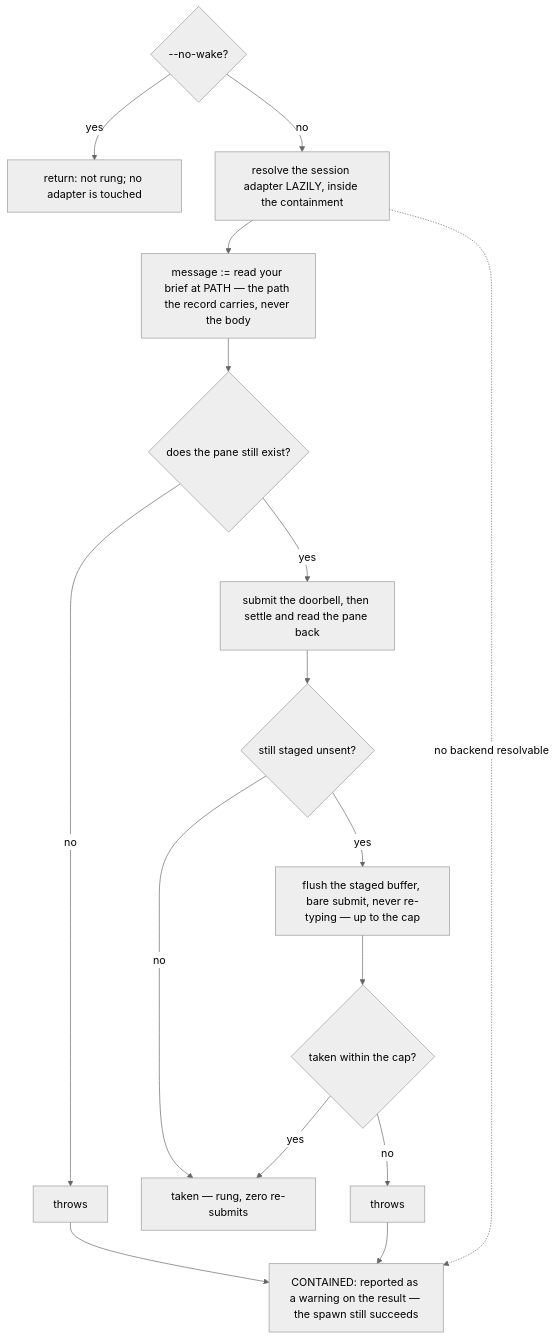
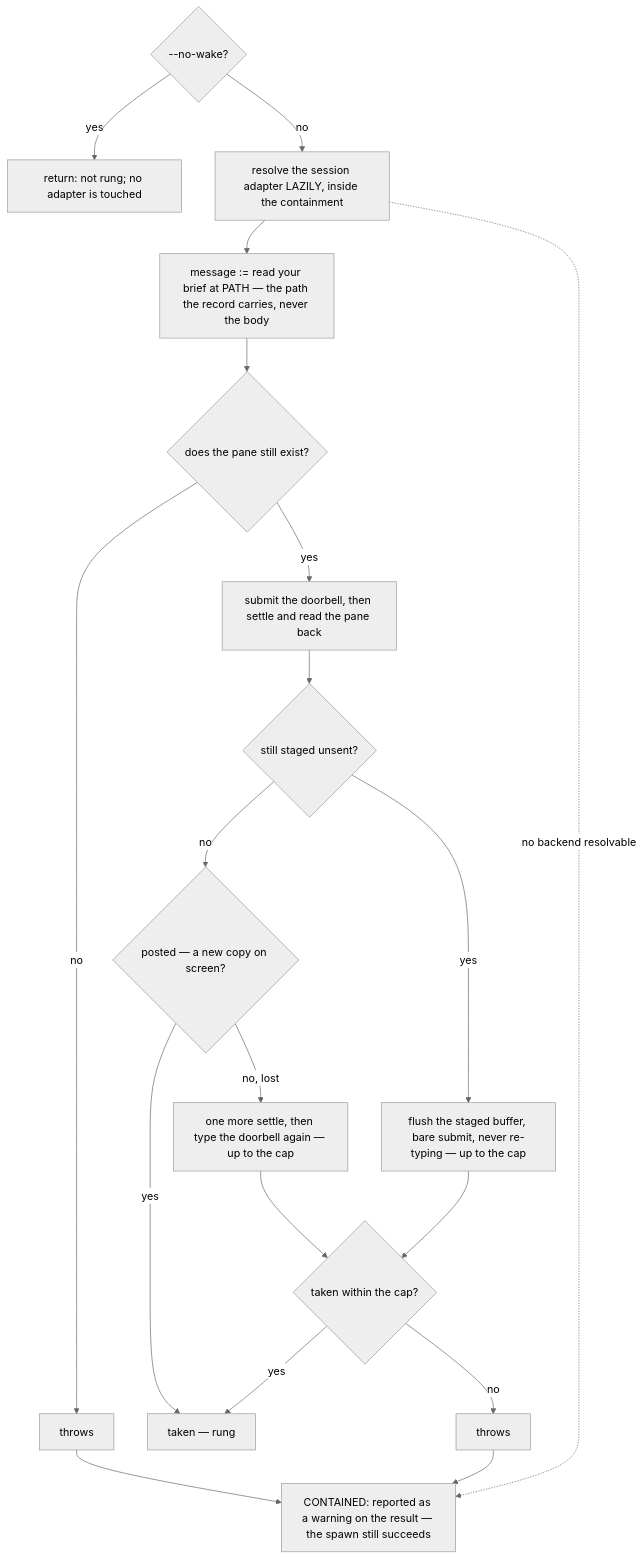
One commit to cyberuni/cyberlegion changed the third of 6 diagrams in packages/cyberlegion/.agents/spec/unit/lifecycle/README.md. Above: the diagram before and after it, drawn with Mermaid (neutral theme). The commit also changed other lines of this file and 8 other files, not shown here.

````diff
--- a/packages/cyberlegion/.agents/spec/unit/lifecycle/README.md
+++ b/packages/cyberlegion/.agents/spec/unit/lifecycle/README.md
@@ -492,19 +497,22 @@
 ```mermaid
 graph TD
   WK0{"--no-wake?"} -- yes --> WK0Y["return: not rung; no adapter is touched"]
   WK0 -- no --> WK1["resolve the session adapter LAZILY, inside the containment"]
   WK1 --> WK2["message := read your brief at PATH — the path the record carries, never the body"]
   WK2 --> WK3{"does the pane still exist?"}
   WK3 -- no --> WK3X["throws"]
   WK3 -- yes --> WK4["submit the doorbell, then settle and read the pane back"]
   WK4 --> WK5{"still staged unsent?"}
-  WK5 -- no --> WKOK["taken — rung, zero re-submits"]
+  WK5 -- no --> WK5P{"posted — a new copy on screen?"}
+  WK5P -- yes --> WKOK["taken — rung"]
+  WK5P -- "no, lost" --> WK7["one more settle, then type the doorbell again — up to the cap"]
+  WK7 --> WK6Q
   WK5 -- yes --> WK6["flush the staged buffer, bare submit, never re-typing — up to the cap"]
   WK6 --> WK6Q{"taken within the cap?"}
   WK6Q -- yes --> WKOK
   WK6Q -- no --> WK6X["throws"]
   WK1 -.->|no backend resolvable| WKC
   WK3X --> WKC
   WK6X --> WKC
   WKC["CONTAINED: reported as a warning on the result — the spawn still succeeds"]
 ```
````
